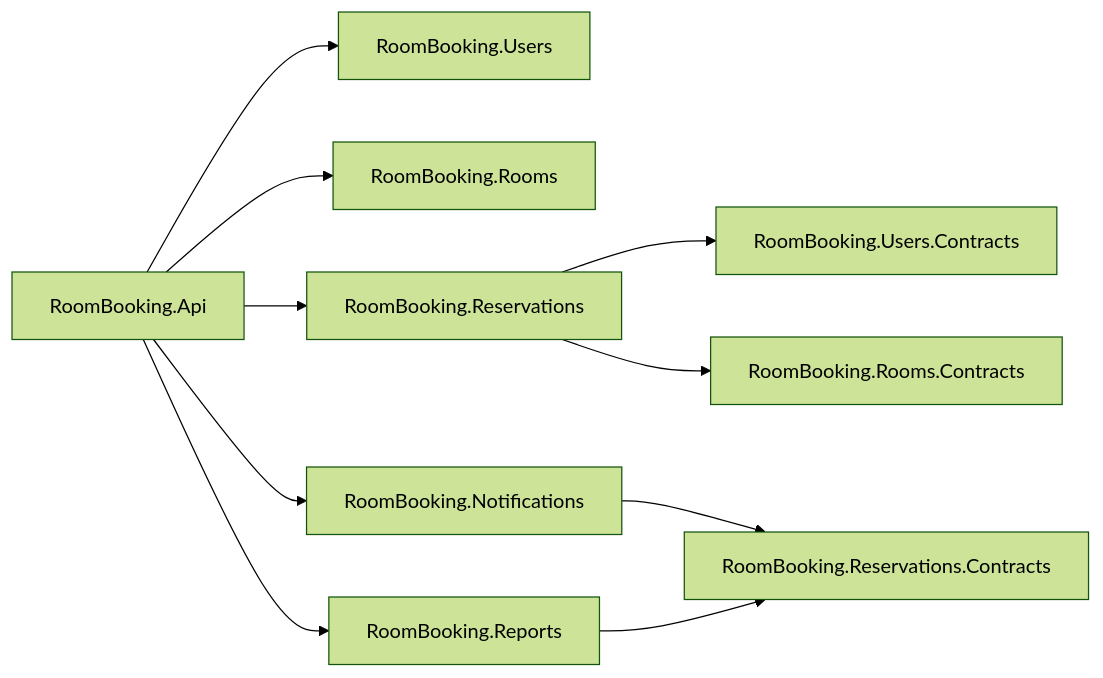
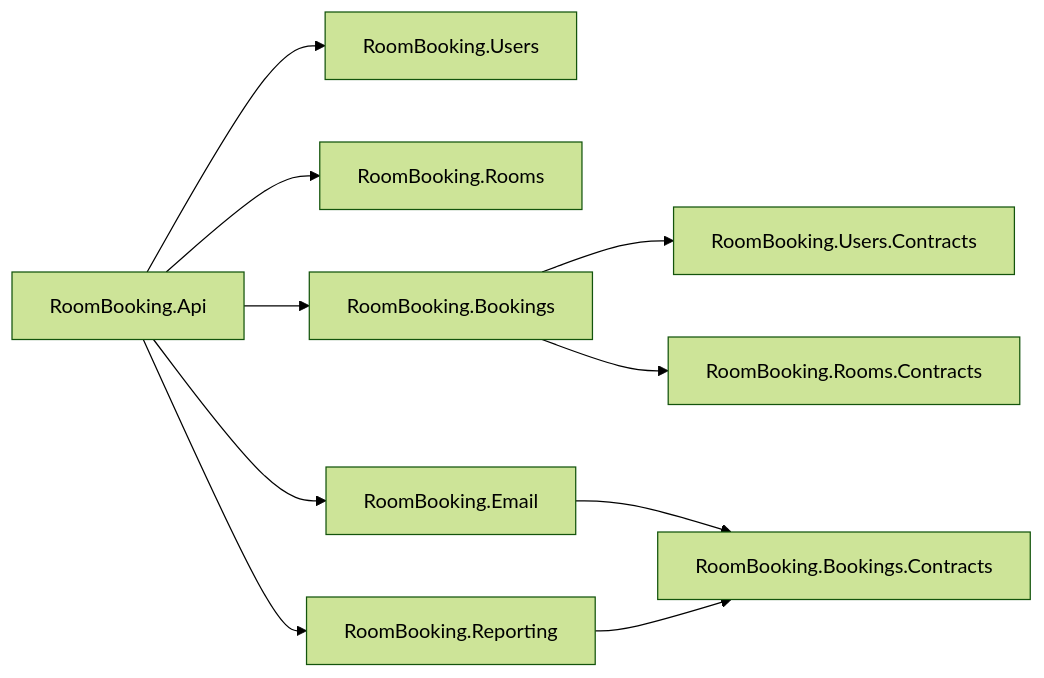
The diagram in docs/module-structure.md (gabrielrabreu/room-booking), drawn with Mermaid (forest theme) before and after one commit. The commit also changed other lines of this file and 45 other files, not shown here.

````diff
--- a/docs/module-structure.md
+++ b/docs/module-structure.md
@@ -3,29 +3,29 @@
 ```mermaid
 flowchart LR
 
     Api[RoomBooking.Api]
 
     Users[RoomBooking.Users]
     UsersContracts[RoomBooking.Users.Contracts]
 
     Rooms[RoomBooking.Rooms]
     RoomsContracts[RoomBooking.Rooms.Contracts]
 
-    Reservations[RoomBooking.Reservations]
-    ReservationsContracts[RoomBooking.Reservations.Contracts]
+    Bookings[RoomBooking.Bookings]
+    BookingsContracts[RoomBooking.Bookings.Contracts]
 
-    Notifications[RoomBooking.Notifications]
-    Reports[RoomBooking.Reports]
+    Email[RoomBooking.Email]
+    Reporting[RoomBooking.Reporting]
 
     Api --> Users
     Api --> Rooms
-    Api --> Reservations
-    Api --> Notifications
-    Api --> Reports
+    Api --> Bookings
+    Api --> Email
+    Api --> Reporting
 
-    Reservations --> UsersContracts
-    Reservations --> RoomsContracts
+    Bookings --> UsersContracts
+    Bookings --> RoomsContracts
 
-    Notifications --> ReservationsContracts
-    Reports --> ReservationsContracts
+    Email --> BookingsContracts
+    Reporting --> BookingsContracts
 ```
````
